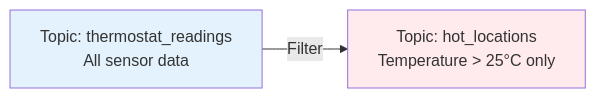
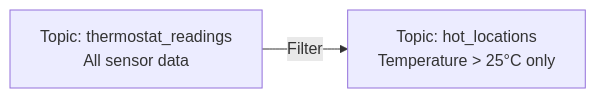
Before and after one commit to mombe090/techdocs: the sixth of 26 diagrams in docs/tutorials/kafka-getting-started.md, drawn with Mermaid. The commit also changed other lines of this file and 11 other files, not shown here.

First line of the commit message:
style: remove hardcoded Mermaid diagram colors for dark mode compatibility

````diff
--- a/docs/tutorials/kafka-getting-started.md
+++ b/docs/tutorials/kafka-getting-started.md
@@ -228,7 +213,5 @@
 ```mermaid
 graph LR
     A[Topic: thermostat_readings<br/>All sensor data] -->|Filter| B[Topic: hot_locations<br/>Temperature > 25°C only]
 
-    style A fill:#e3f2fd
-    style B fill:#ffebee
 ```
````
